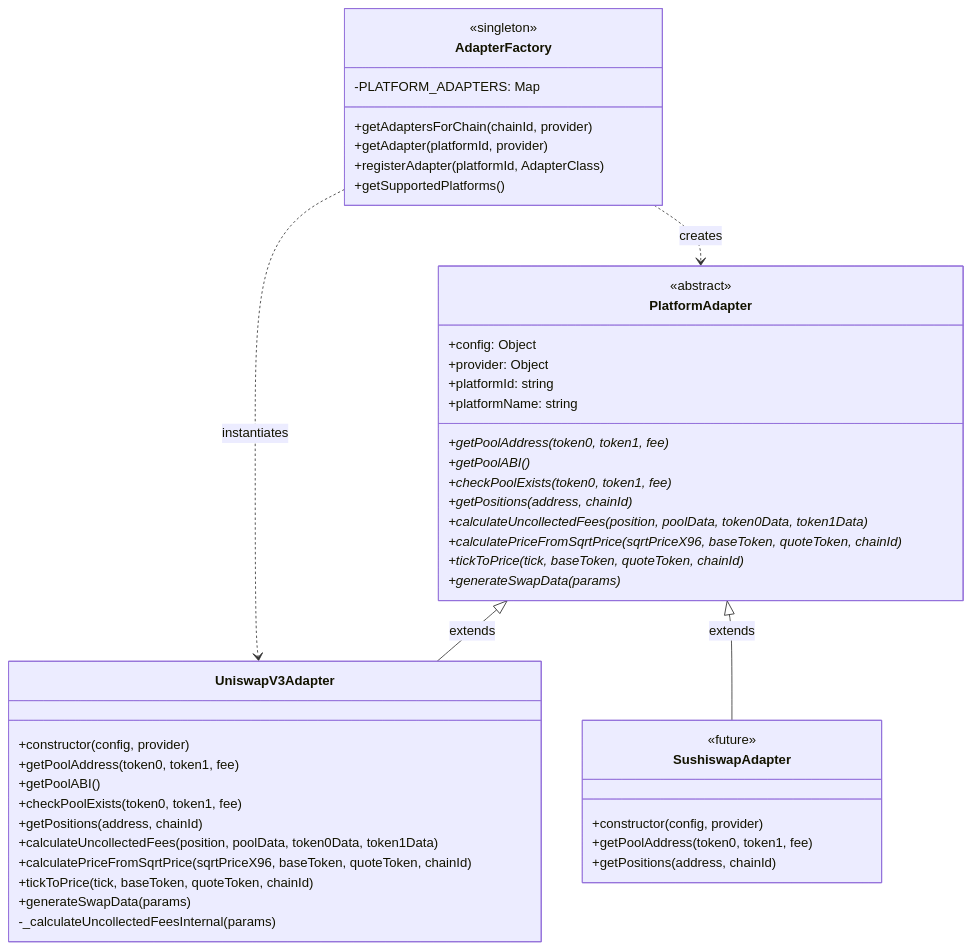
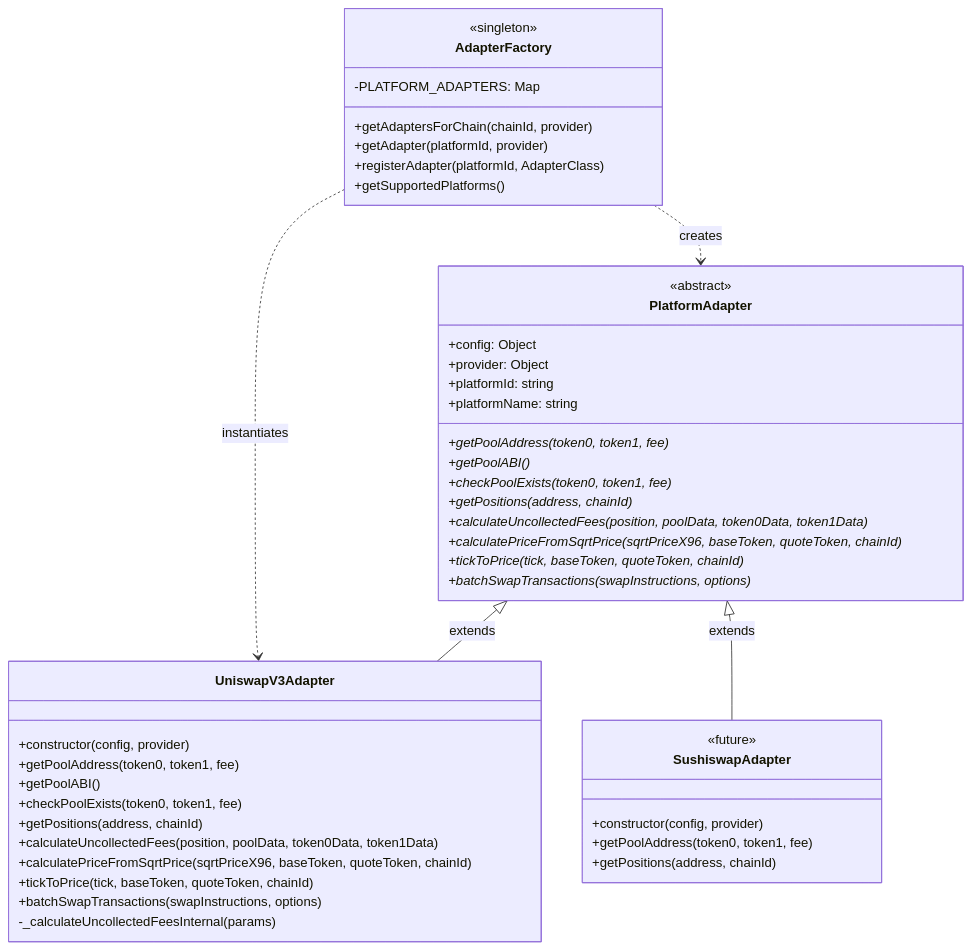
One commit to derrek-b/fum_project changed the second of 5 diagrams in docs/diagrams/mermaid/component-interaction.md. Above: the diagram before and after it, drawn with Mermaid. The commit also changed 28 other files, not shown here.

````diff
--- a/docs/diagrams/mermaid/component-interaction.md
+++ b/docs/diagrams/mermaid/component-interaction.md
@@ -38,52 +38,52 @@
 ```mermaid
 classDiagram
     class PlatformAdapter {
         <<abstract>>
         +config: Object
         +provider: Object
         +platformId: string
         +platformName: string
         +getPoolAddress(token0, token1, fee)*
         +getPoolABI()*
         +checkPoolExists(token0, token1, fee)*
         +getPositions(address, chainId)*
         +calculateUncollectedFees(position, poolData, token0Data, token1Data)*
         +calculatePriceFromSqrtPrice(sqrtPriceX96, baseToken, quoteToken, chainId)*
         +tickToPrice(tick, baseToken, quoteToken, chainId)*
-        +generateSwapData(params)*
+        +batchSwapTransactions(swapInstructions, options)*
     }
     
     class UniswapV3Adapter {
         +constructor(config, provider)
         +getPoolAddress(token0, token1, fee)
         +getPoolABI()
         +checkPoolExists(token0, token1, fee)
         +getPositions(address, chainId)
         +calculateUncollectedFees(position, poolData, token0Data, token1Data)
         +calculatePriceFromSqrtPrice(sqrtPriceX96, baseToken, quoteToken, chainId)
         +tickToPrice(tick, baseToken, quoteToken, chainId)
-        +generateSwapData(params)
+        +batchSwapTransactions(swapInstructions, options)
         -_calculateUncollectedFeesInternal(params)
     }
     
     class AdapterFactory {
         <<singleton>>
         -PLATFORM_ADAPTERS: Map
         +getAdaptersForChain(chainId, provider)
         +getAdapter(platformId, provider)
         +registerAdapter(platformId, AdapterClass)
         +getSupportedPlatforms()
     }
     
     class SushiswapAdapter {
         <<future>>
         +constructor(config, provider)
         +getPoolAddress(token0, token1, fee)
         +getPositions(address, chainId)
     }
     
     PlatformAdapter <|-- UniswapV3Adapter : extends
     PlatformAdapter <|-- SushiswapAdapter : extends
     AdapterFactory ..> PlatformAdapter : creates
     AdapterFactory ..> UniswapV3Adapter : instantiates
 ```
````
